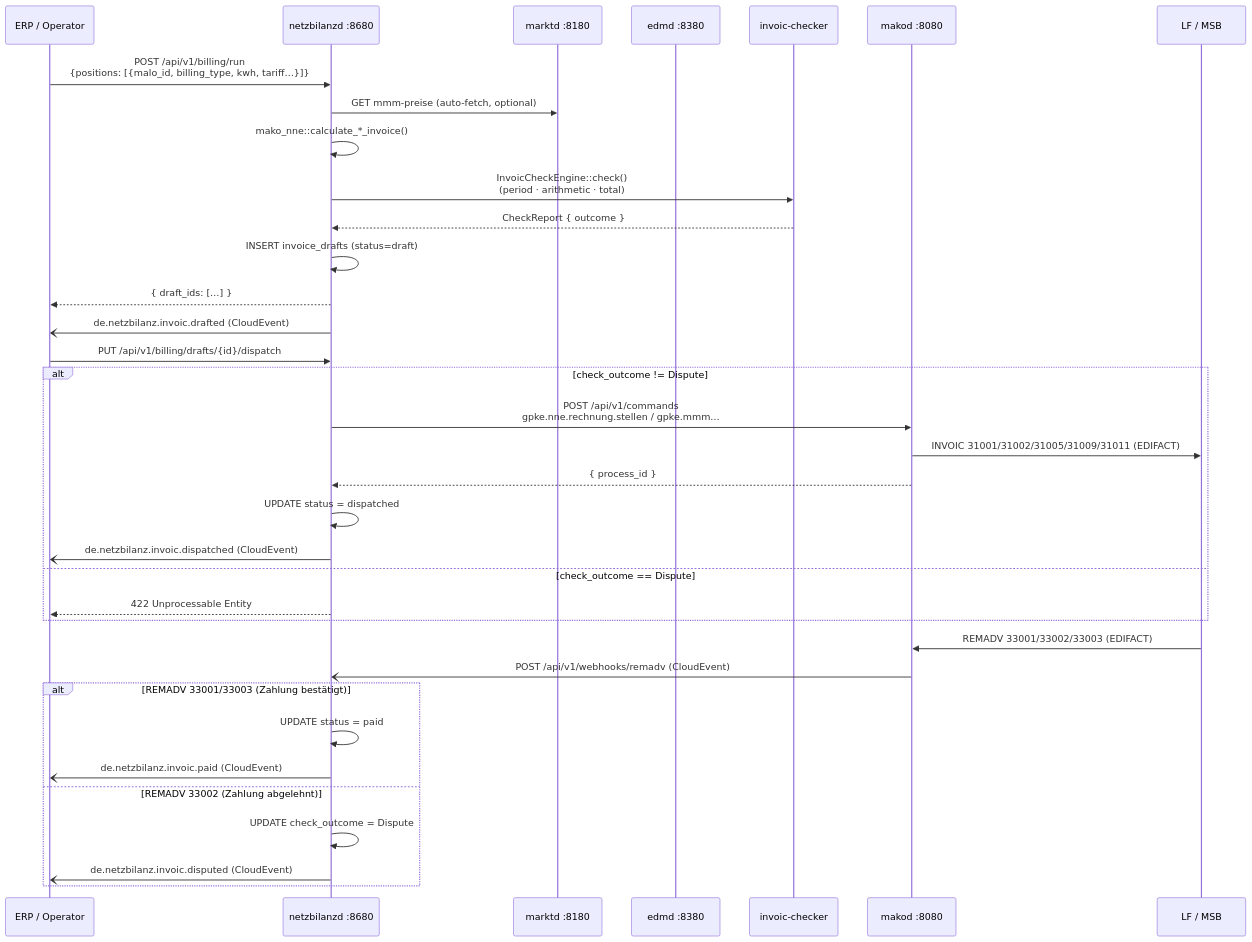
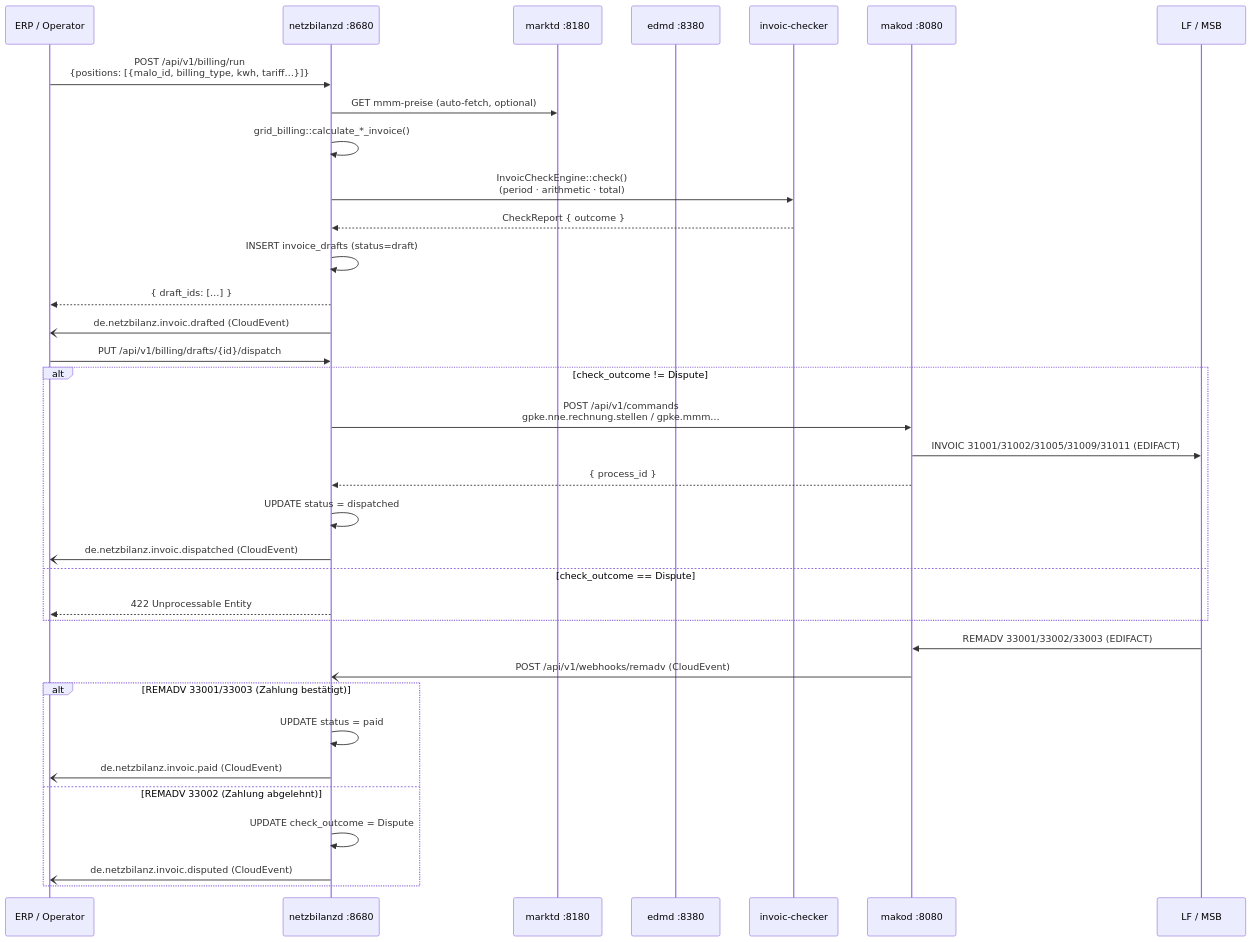
One commit to hupe1980/mako changed the first of 4 diagrams in docs/netzbilanzd.md. Above: the diagram before and after it, drawn with Mermaid. The commit also changed other lines of this file and 74 other files, not shown here.

First line of the commit message:
refactor: replace mako-nne with grid-billing across services

````diff
--- a/docs/netzbilanzd.md
+++ b/docs/netzbilanzd.md
@@ -36,40 +36,40 @@
 ```mermaid
 sequenceDiagram
     participant ERP as ERP / Operator
     participant nd as netzbilanzd :8680
     participant marktd as marktd :8180
     participant edmd as edmd :8380
     participant chk as invoic-checker
     participant makod as makod :8080
     participant LF as LF / MSB
 
     ERP->>nd: POST /api/v1/billing/run<br/>{positions: [{malo_id, billing_type, kwh, tariff…}]}
     nd->>marktd: GET mmm-preise (auto-fetch, optional)
-    nd->>nd: mako_nne::calculate_*_invoice()
+    nd->>nd: grid_billing::calculate_*_invoice()
     nd->>chk: InvoicCheckEngine::check()<br/>(period · arithmetic · total)
     chk-->>nd: CheckReport { outcome }
     nd->>nd: INSERT invoice_drafts (status=draft)
     nd-->>ERP: { draft_ids: […] }
     nd-)ERP: de.netzbilanz.invoic.drafted (CloudEvent)
 
     ERP->>nd: PUT /api/v1/billing/drafts/{id}/dispatch
     alt check_outcome != Dispute
         nd->>makod: POST /api/v1/commands<br/>gpke.nne.rechnung.stellen / gpke.mmm…
         makod->>LF: INVOIC 31001/31002/31005/31009/31011 (EDIFACT)
         makod-->>nd: { process_id }
         nd->>nd: UPDATE status = dispatched
         nd-)ERP: de.netzbilanz.invoic.dispatched (CloudEvent)
     else check_outcome == Dispute
         nd-->>ERP: 422 Unprocessable Entity
     end
 
     LF->>makod: REMADV 33001/33002/33003 (EDIFACT)
     makod-)nd: POST /api/v1/webhooks/remadv (CloudEvent)
     alt REMADV 33001/33003 (Zahlung bestätigt)
         nd->>nd: UPDATE status = paid
         nd-)ERP: de.netzbilanz.invoic.paid (CloudEvent)
     else REMADV 33002 (Zahlung abgelehnt)
         nd->>nd: UPDATE check_outcome = Dispute
         nd-)ERP: de.netzbilanz.invoic.disputed (CloudEvent)
     end
 ```
````
